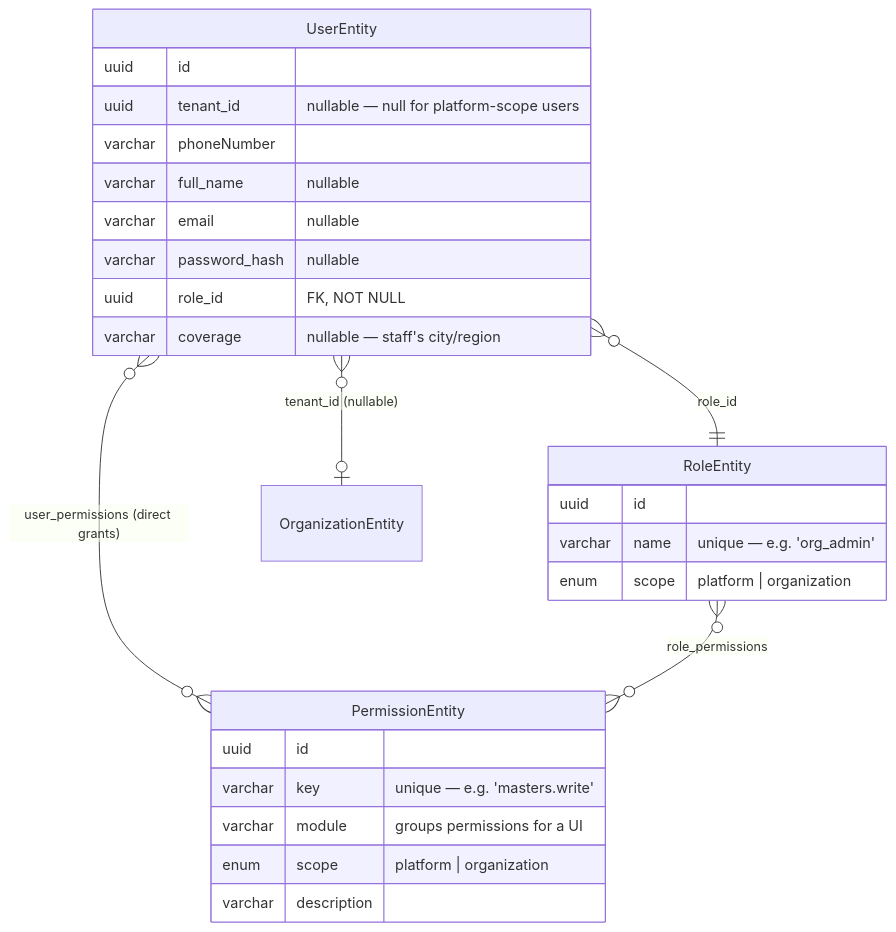
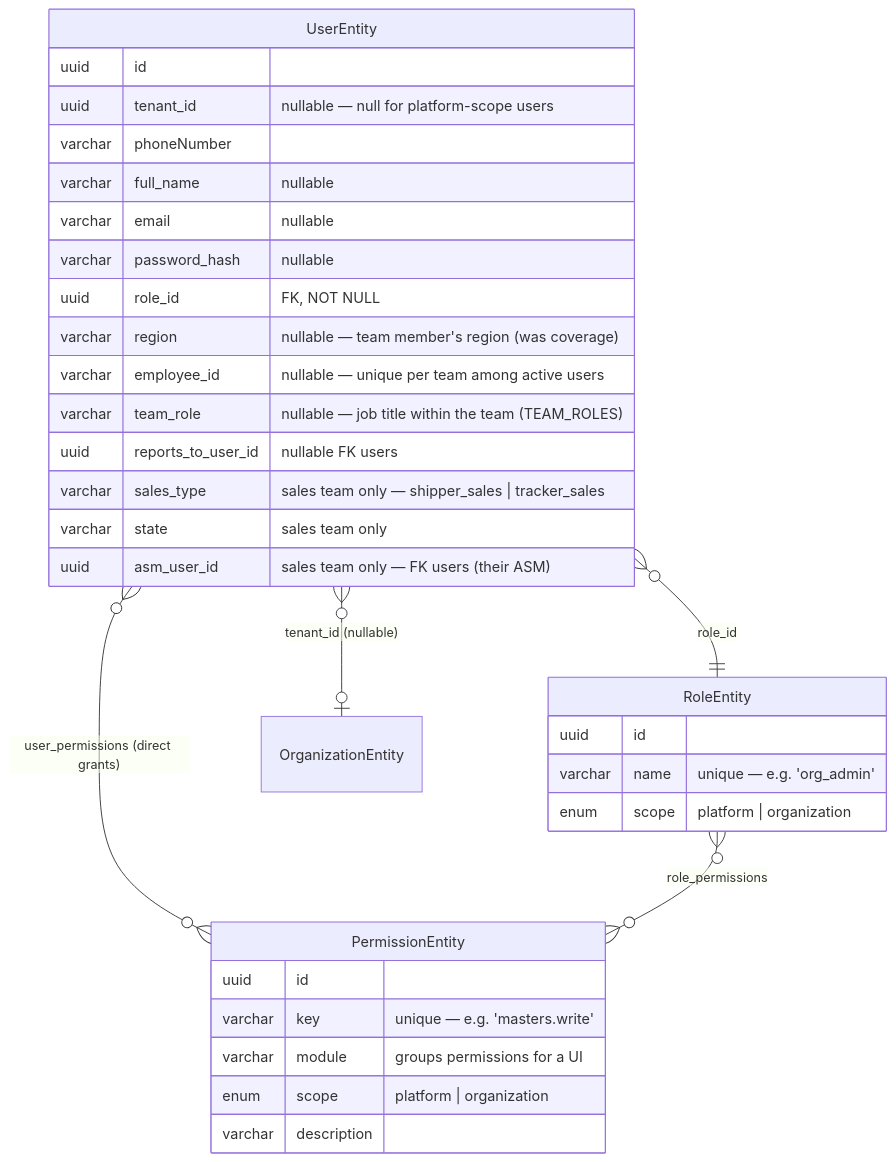
The diagram in docs/rbac.md (adminloadsmart/Loadsmart-V2-Backend), drawn with Mermaid before and after one commit. The commit also changed other lines of this file and 42 other files, not shown here.

````diff
--- a/docs/rbac.md
+++ b/docs/rbac.md
@@ -24,30 +24,36 @@
 ```mermaid
 erDiagram
     UserEntity }o--|| RoleEntity : "role_id"
     UserEntity }o--o{ PermissionEntity : "user_permissions (direct grants)"
     RoleEntity }o--o{ PermissionEntity : "role_permissions"
     UserEntity }o--o| OrganizationEntity : "tenant_id (nullable)"
 
     UserEntity {
         uuid id
         uuid tenant_id "nullable — null for platform-scope users"
         varchar phoneNumber
         varchar full_name "nullable"
         varchar email "nullable"
         varchar password_hash "nullable"
         uuid role_id "FK, NOT NULL"
-        varchar coverage "nullable — staff's city/region"
+        varchar region "nullable — team member's region (was coverage)"
+        varchar employee_id "nullable — unique per team among active users"
+        varchar team_role "nullable — job title within the team (TEAM_ROLES)"
+        uuid reports_to_user_id "nullable FK users"
+        varchar sales_type "sales team only — shipper_sales | tracker_sales"
+        varchar state "sales team only"
+        uuid asm_user_id "sales team only — FK users (their ASM)"
     }
     RoleEntity {
         uuid id
         varchar name "unique — e.g. 'org_admin'"
         enum scope "platform | organization"
     }
     PermissionEntity {
         uuid id
         varchar key "unique — e.g. 'masters.write'"
         varchar module "groups permissions for a UI"
         enum scope "platform | organization"
         varchar description
     }
 ```
````
